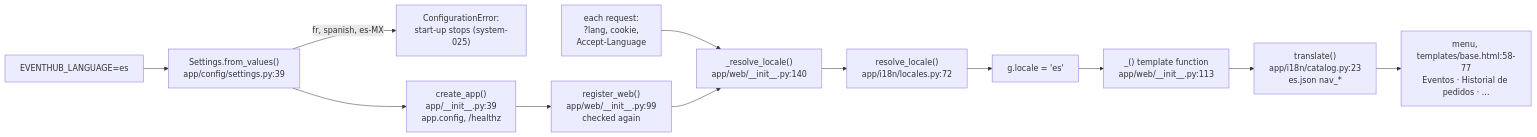
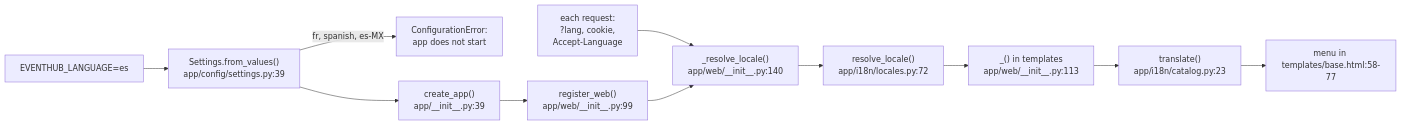
Before and after one commit to TamTeri/AIproject: the diagram in docs/reports/part7-2-genai-tracing-report.md, drawn with Mermaid. The commit also changed other lines of this file and 1 other file, not shown here.

````diff
--- a/docs/reports/part7-2-genai-tracing-report.md
+++ b/docs/reports/part7-2-genai-tracing-report.md
@@ -80,14 +68,13 @@
 ```mermaid
 flowchart LR
   ENV["EVENTHUB_LANGUAGE=es"] --> S["Settings.from_values()<br/>app/config/settings.py:39"]
-  S -- "fr, spanish, es-MX" --> X["ConfigurationError:<br/>start-up stops (system-025)"]
-  S --> CA["create_app()<br/>app/__init__.py:39<br/>app.config, /healthz"]
-  CA --> RW["register_web()<br/>app/web/__init__.py:99<br/>checked again"]
+  S -- "fr, spanish, es-MX" --> X["ConfigurationError:<br/>app does not start"]
+  S --> CA["create_app()<br/>app/__init__.py:39"]
+  CA --> RW["register_web()<br/>app/web/__init__.py:99"]
   REQ["each request:<br/>?lang, cookie,<br/>Accept-Language"] --> RL
   RW --> RL["_resolve_locale()<br/>app/web/__init__.py:140"]
   RL --> RES["resolve_locale()<br/>app/i18n/locales.py:72"]
-  RES --> GL["g.locale = 'es'"]
-  GL --> UND["_() template function<br/>app/web/__init__.py:113"]
-  UND --> TR["translate()<br/>app/i18n/catalog.py:23<br/>es.json nav_*"]
-  TR --> MENU["menu, templates/base.html:58-77<br/>Eventos · Historial de pedidos · ..."]
+  RES --> UND["_() in templates<br/>app/web/__init__.py:113"]
+  UND --> TR["translate()<br/>app/i18n/catalog.py:23"]
+  TR --> MENU["menu in templates/base.html:58-77"]
 ```
````
